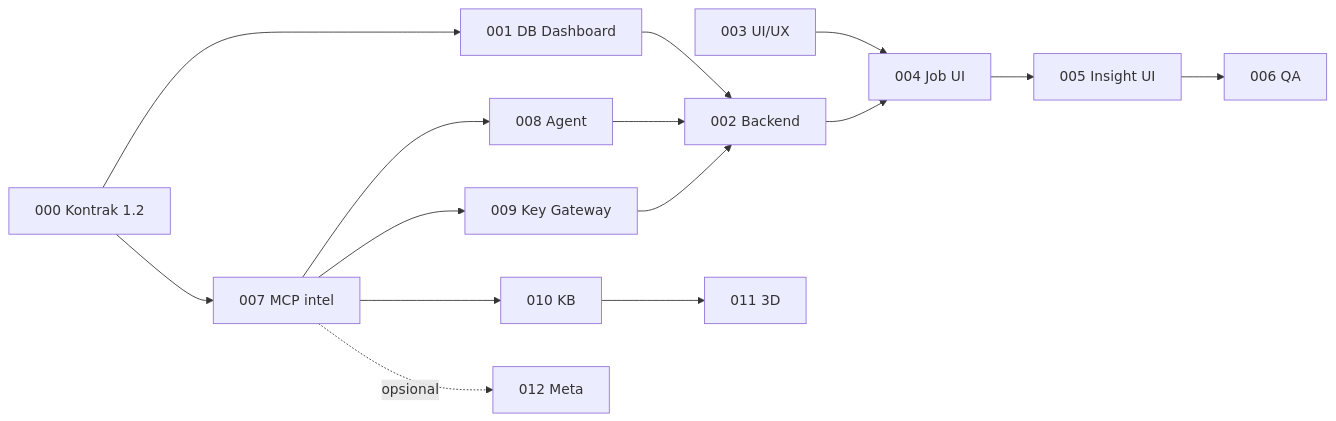
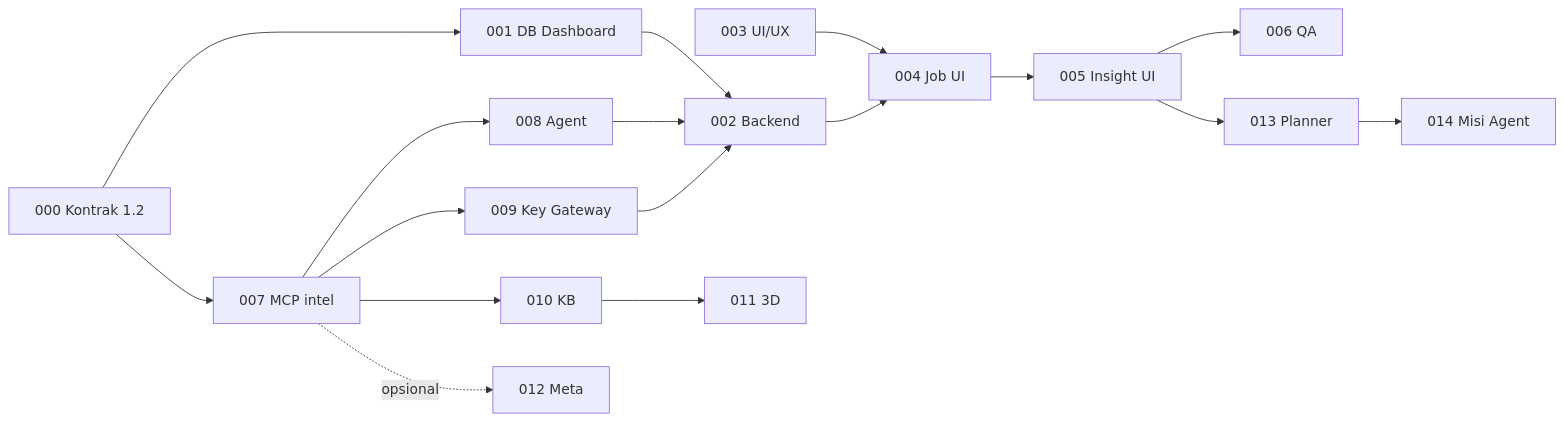
The diagram in Documentation/modul3/README.md (senavahni/marketingdashboardjtp), drawn with Mermaid before and after one commit. The commit also changed other lines of this file and 10 other files, not shown here.

````diff
--- a/Documentation/modul3/README.md
+++ b/Documentation/modul3/README.md
@@ -48,15 +50,17 @@
 ```mermaid
 flowchart LR
   T000[000 Kontrak 1.2] --> T007[007 MCP intel]
   T000 --> T001[001 DB Dashboard]
   T007 --> T008[008 Agent]
   T007 --> T009[009 Key Gateway]
   T001 --> T002[002 Backend]
   T008 --> T002
   T009 --> T002
   T003[003 UI/UX] --> T004[004 Job UI]
   T002 --> T004 --> T005[005 Insight UI]
   T005 --> T006[006 QA]
   T007 --> T010[010 KB] --> T011[011 3D]
   T007 -.opsional.-> T012[012 Meta]
+  T005 --> T013[013 Planner]
+  T013 --> T014[014 Misi Agent]
 ```
````
